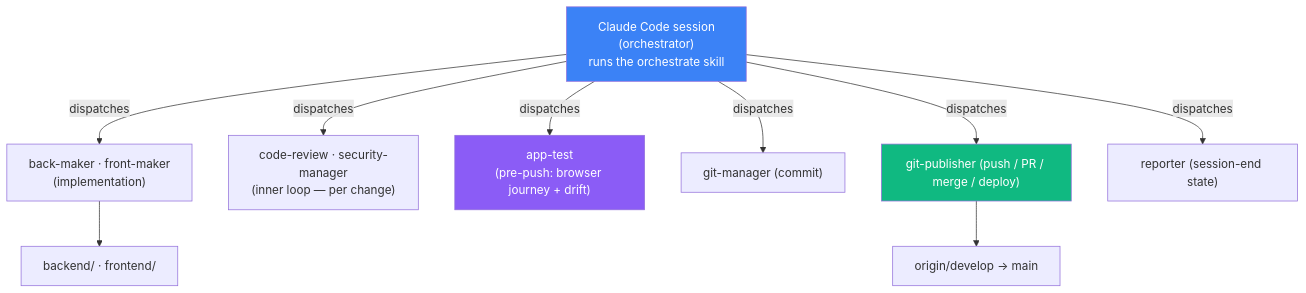
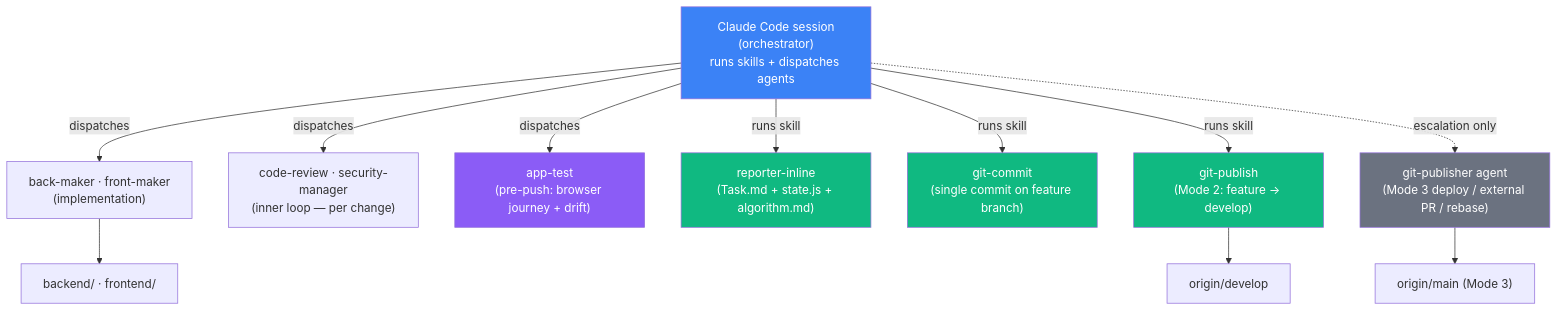
Before and after one commit to hongikarchi/archi-tinder: the first of 2 diagrams in .claude/WORKFLOW.md, drawn with Mermaid. The commit also changed other lines of this file and 54 other files, not shown here.

````diff
--- a/.claude/WORKFLOW.md
+++ b/.claude/WORKFLOW.md
@@ -17,16 +18,21 @@
 ```mermaid
 flowchart TD
-    Main["Claude Code session<br/>(orchestrator)<br/>runs the orchestrate skill"]
+    Main["Claude Code session<br/>(orchestrator)<br/>runs skills + dispatches agents"]
     Main -->|dispatches| Impl["back-maker · front-maker<br/>(implementation)"]
     Main -->|dispatches| Rev["code-review · security-manager<br/>(inner loop — per change)"]
     Main -->|dispatches| Gate["app-test<br/>(pre-push: browser journey + drift)"]
-    Main -->|dispatches| Commit["git-manager (commit)"]
-    Main -->|dispatches| Pub["git-publisher (push / PR / merge / deploy)"]
-    Main -->|dispatches| Rep["reporter (session-end state)"]
+    Main -->|runs skill| RIn["reporter-inline<br/>(Task.md + state.js + algorithm.md)"]
+    Main -->|runs skill| Cmt["git-commit<br/>(single commit on feature branch)"]
+    Main -->|runs skill| Pub["git-publish<br/>(Mode 2: feature → develop)"]
+    Main -.->|escalation only| PubA["git-publisher agent<br/>(Mode 3 deploy / external PR / rebase)"]
     Impl --> Code["backend/ · frontend/"]
-    Pub --> Remote["origin/develop → main"]
+    Pub --> Remote["origin/develop"]
+    PubA --> Remote2["origin/main (Mode 3)"]
 
     style Main fill:#3b82f6,color:#fff
     style Gate fill:#8b5cf6,color:#fff
     style Pub fill:#10b981,color:#fff
+    style RIn fill:#10b981,color:#fff
+    style Cmt fill:#10b981,color:#fff
+    style PubA fill:#6b7280,color:#fff
 ```
````
